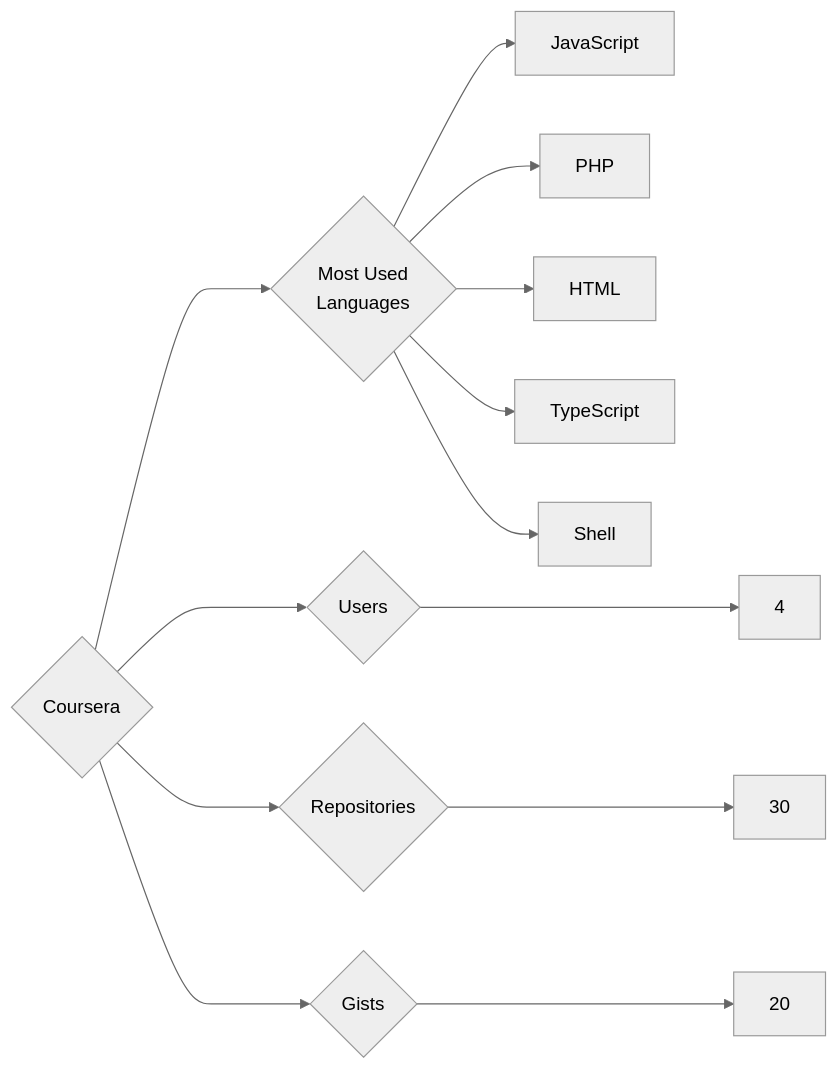
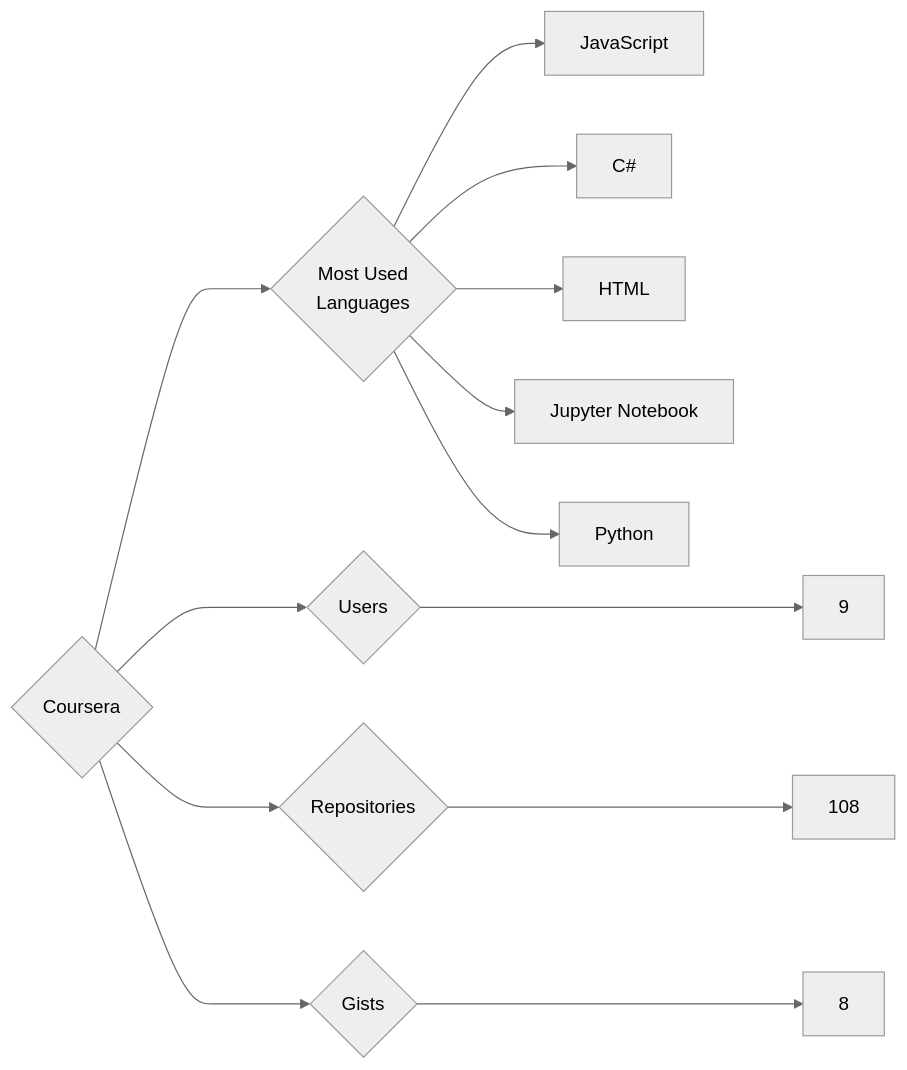
Before and after one commit to trickest/insiders: the diagram in targets/Coursera/README.md, drawn with Mermaid (neutral theme). The commit also changed 1212 other files, not shown here.

````diff
--- a/targets/Coursera/README.md
+++ b/targets/Coursera/README.md
@@ -3,13 +3,13 @@
 ```mermaid
 graph LR
 COMPANY_NAME{Coursera}
-COMPANY_NAME ---> U{Users} ---> UN[4]
-COMPANY_NAME ---> R{Repositories} ---> RN[30]
-COMPANY_NAME ---> G{Gists} ---> GN[20]
+COMPANY_NAME ---> U{Users} ---> UN[9]
+COMPANY_NAME ---> R{Repositories} ---> RN[108]
+COMPANY_NAME ---> G{Gists} ---> GN[8]
 COMPANY_NAME ---> ML{Most Used<br>Languages}
 ML --> JavaScript[JavaScript]
-ML --> PHP[PHP]
+ML --> C#[C#]
 ML --> HTML[HTML]
-ML --> TypeScript[TypeScript]
-ML --> Shell[Shell]
+ML --> Jupyter_Notebook[Jupyter Notebook]
+ML --> Python[Python]
 ```
````
